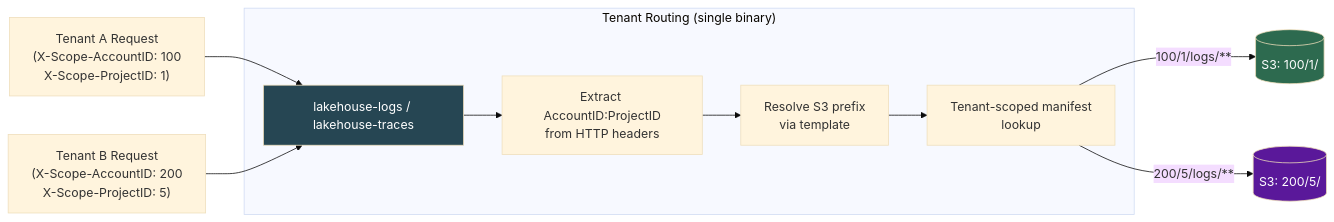
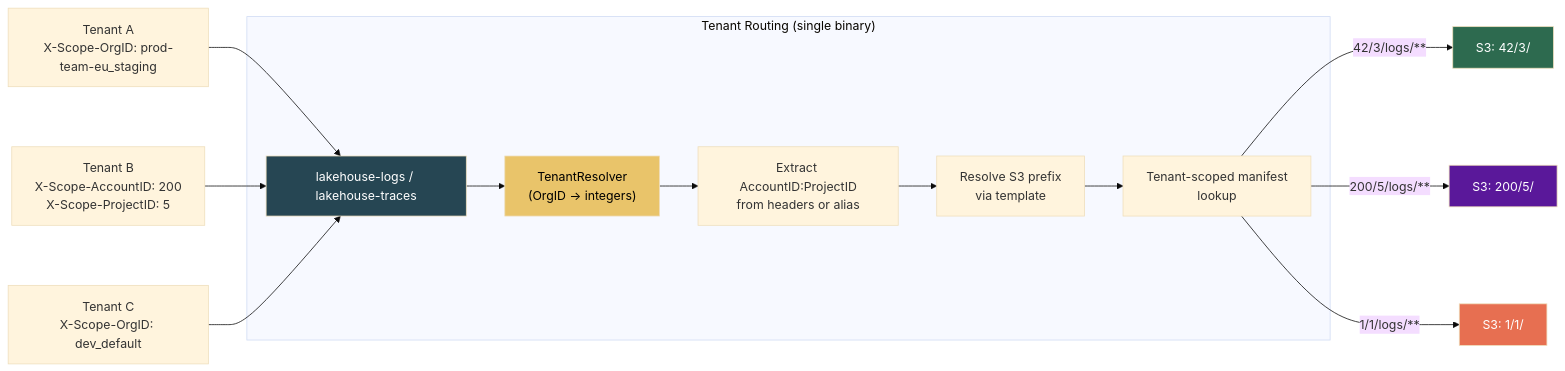
One commit to ReliablyObserve/victoria-lakehouse changed the first of 4 diagrams in docs/multi-tenancy.md. Above: the diagram before and after it, drawn with Mermaid (base theme). The commit also changed other lines of this file and 84 other files, not shown here.

````diff
--- a/docs/multi-tenancy.md
+++ b/docs/multi-tenancy.md
@@ -14,19 +18,24 @@
 ```mermaid
 graph LR
     subgraph "Tenant Routing (single binary)"
         LH["lakehouse-logs / lakehouse-traces"]
-        LH --> EXT["Extract AccountID:ProjectID<br/>from HTTP headers"]
+        LH --> TR["TenantResolver<br/>(OrgID → integers)"]
+        TR --> EXT["Extract AccountID:ProjectID<br/>from headers or alias"]
         EXT --> RES["Resolve S3 prefix<br/>via template"]
         RES --> MAN["Tenant-scoped manifest<br/>lookup"]
     end
 
-    TA["Tenant A Request<br/>(X-Scope-AccountID: 100<br/>X-Scope-ProjectID: 1)"] --> LH
-    TB["Tenant B Request<br/>(X-Scope-AccountID: 200<br/>X-Scope-ProjectID: 5)"] --> LH
+    TA["Tenant A<br/>X-Scope-OrgID: prod-team-eu_staging"] --> LH
+    TB["Tenant B<br/>X-Scope-AccountID: 200<br/>X-Scope-ProjectID: 5"] --> LH
+    TC["Tenant C<br/>X-Scope-OrgID: dev_default"] --> LH
 
-    MAN -->|"100/1/logs/**"| SA[("S3: 100/1/")]
-    MAN -->|"200/5/logs/**"| SB[("S3: 200/5/")]
+    MAN -->|"42/3/logs/**"| SA["S3: 42/3/"]
+    MAN -->|"200/5/logs/**"| SB["S3: 200/5/"]
+    MAN -->|"1/1/logs/**"| SC["S3: 1/1/"]
 
     style SA fill:#2d6a4f,color:#fff
     style SB fill:#5a189a,color:#fff
+    style SC fill:#e76f51,color:#fff
     style LH fill:#264653,color:#fff
+    style TR fill:#e9c46a,color:#000
 ```
````
